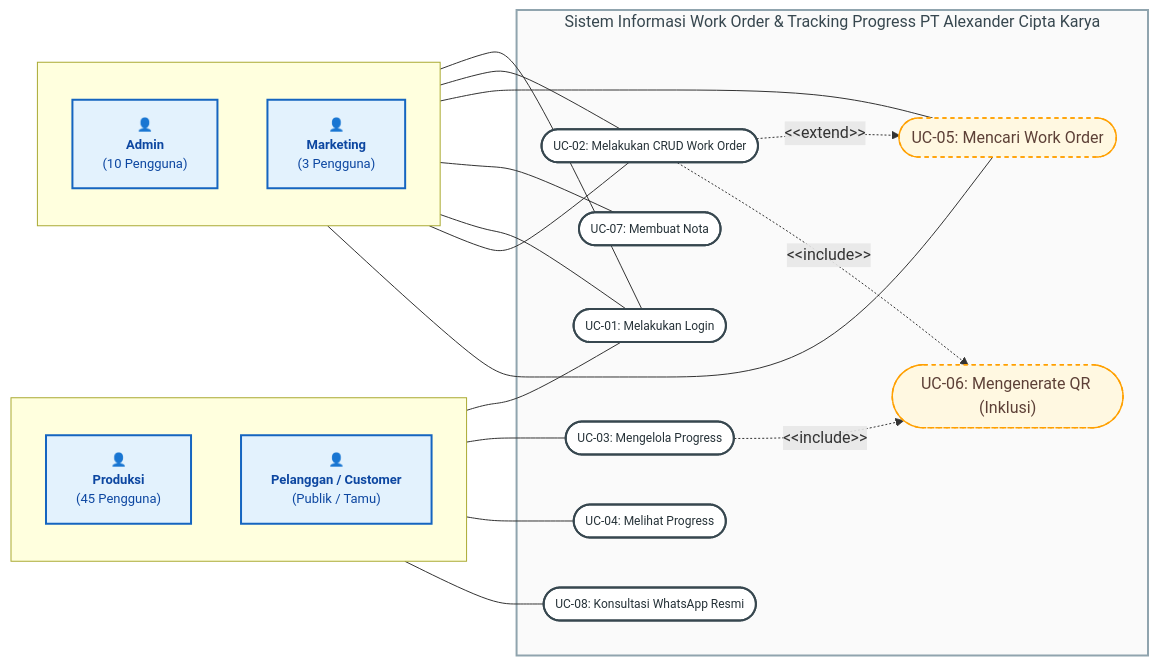
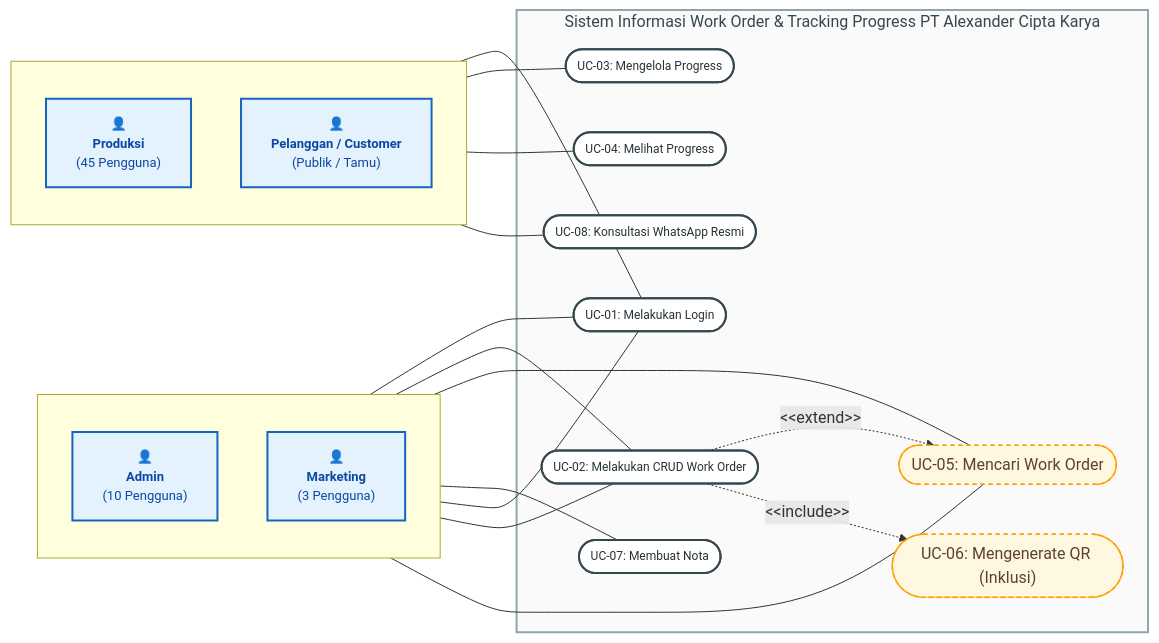
One commit to SatriaBaktiWijaya/SemuaDiagram changed the third of 3 diagrams in diagrams/01_use_case_diagram.md. Above: the diagram before and after it, drawn with Mermaid. The commit also changed other lines of this file and 11 other files, not shown here.

````diff
--- a/diagrams/01_use_case_diagram.md
+++ b/diagrams/01_use_case_diagram.md
@@ -125,59 +123,58 @@
 ```mermaid
 flowchart LR
     %% Definisi Aktor dengan Ikon Orang (Stickman Visual)
     subgraph Kiri [" "]
         direction TB
         Produksi["👤<br/><b>Produksi</b><br/>(45 Pengguna)"]
         Customer["👤<br/><b>Pelanggan / Customer</b><br/>(Publik / Tamu)"]
     end
 
     subgraph Kanan [" "]
         direction TB
         Admin["👤<br/><b>Admin</b><br/>(10 Pengguna)"]
         Marketing["👤<br/><b>Marketing</b><br/>(3 Pengguna)"]
     end
 
     %% Batasan Sistem (System Boundary)
     subgraph Sistem ["Sistem Informasi Work Order & Tracking Progress PT Alexander Cipta Karya"]
         UC1(["UC-01: Melakukan Login"])
         UC2(["UC-02: Melakukan CRUD Work Order"])
         UC3(["UC-03: Mengelola Progress"])
         UC4(["UC-04: Melihat Progress"])
         UC5(["UC-05: Mencari Work Order"])
         UC6(["UC-06: Mengenerate QR (Inklusi)"])
         UC7(["UC-07: Membuat Nota"])
         UC8(["UC-08: Konsultasi WhatsApp Resmi"])
     end
 
     %% Relasi Aktor ke Use Case
     Produksi --- UC1
     Produksi --- UC3
 
     Admin --- UC1
     Admin --- UC2
     Admin --- UC5
     Admin --- UC7
 
     Marketing --- UC1
     Marketing --- UC2
     Marketing --- UC5
 
     Customer --- UC4
     Customer --- UC8
 
     %% Relasi Antar Use Case (Include & Extend)
     UC2 -.->|&lt;&lt;extend&gt;&gt;| UC5
     UC2 -.->|&lt;&lt;include&gt;&gt;| UC6
-    UC3 -.->|&lt;&lt;include&gt;&gt;| UC6
 
     %% Styling
     classDef actorStyle fill:#E3F2FD,stroke:#1565C0,stroke-width:2px,color:#0D47A1,font-size:13px;
     classDef usecaseStyle fill:#FFFFFF,stroke:#37474F,stroke-width:2px,color:#263238,font-size:12px;
     classDef includeStyle fill:#FFF8E1,stroke:#FFA000,stroke-width:1.5px,color:#5D4037,stroke-dasharray: 4 4;
     classDef systemStyle fill:#FAFAFA,stroke:#90A4AE,stroke-width:2px,color:#37474F;
 
     class Produksi,Customer,Admin,Marketing actorStyle;
     class UC1,UC2,UC3,UC4,UC7,UC8 usecaseStyle;
     class UC5,UC6 includeStyle;
     class Sistem systemStyle;
 ```
````
